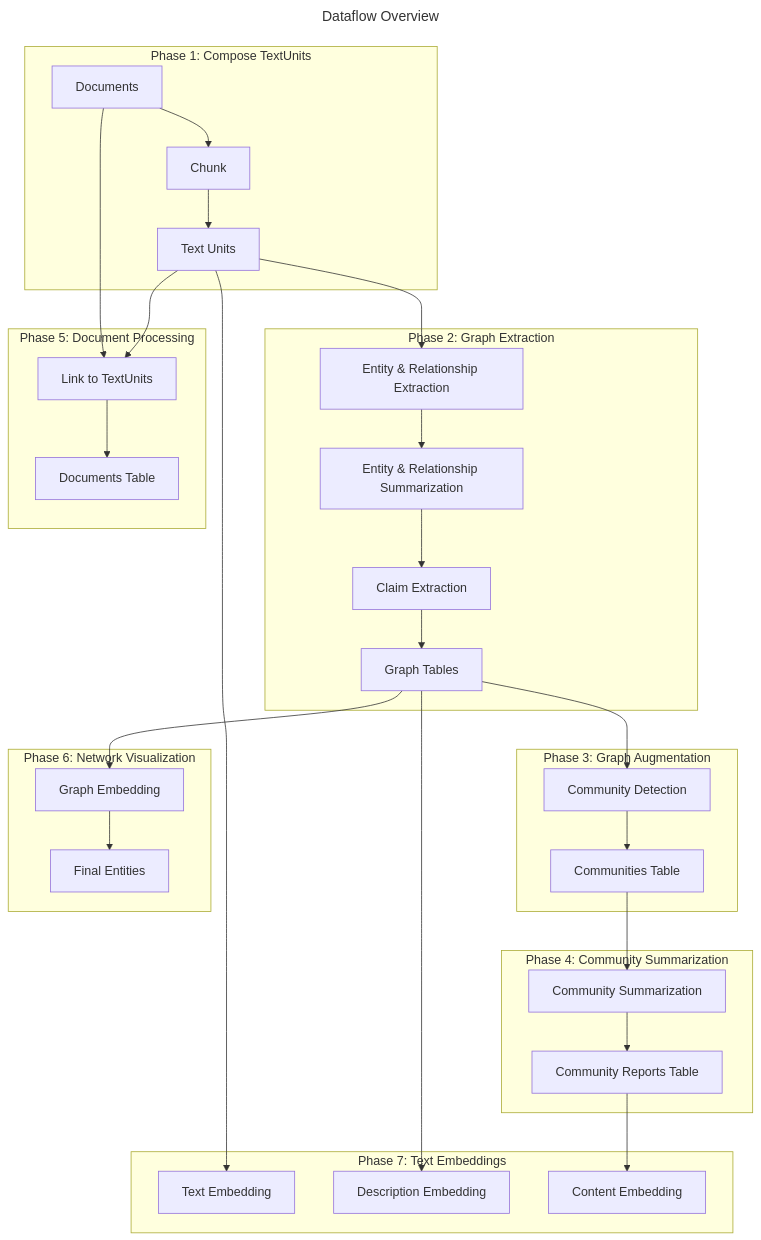
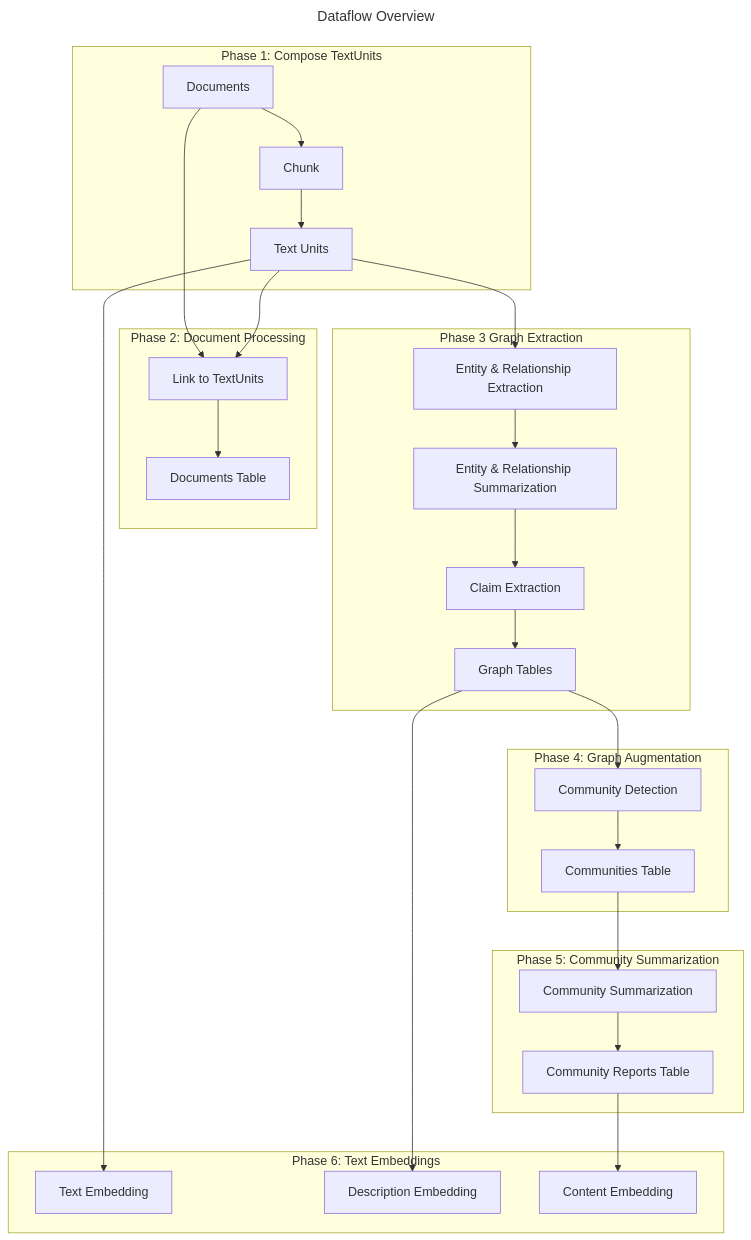
One commit to microsoft/graphrag changed the first of 7 diagrams in docs/index/default_dataflow.md. Above: the diagram before and after it, drawn with Mermaid. The commit also changed other lines of this file and 17 other files, not shown here.

````diff
--- a/docs/index/default_dataflow.md
+++ b/docs/index/default_dataflow.md
@@ -19,38 +19,34 @@
 ```mermaid
 ---
 title: Dataflow Overview
 ---
 flowchart TB
     subgraph phase1[Phase 1: Compose TextUnits]
     documents[Documents] --> chunk[Chunk]
     chunk --> textUnits[Text Units]
     end
-    subgraph phase2[Phase 2: Graph Extraction]
+    subgraph phase2[Phase 2: Document Processing]
+    documents --> link_to_text_units[Link to TextUnits]
+    textUnits --> link_to_text_units
+    link_to_text_units --> document_outputs[Documents Table]
+    end
+    subgraph phase3[Phase 3 Graph Extraction]
     textUnits --> graph_extract[Entity & Relationship Extraction]
     graph_extract --> graph_summarize[Entity & Relationship Summarization]
     graph_summarize --> claim_extraction[Claim Extraction]
     claim_extraction --> graph_outputs[Graph Tables]
     end
-    subgraph phase3[Phase 3: Graph Augmentation]
+    subgraph phase4[Phase 4: Graph Augmentation]
     graph_outputs --> community_detect[Community Detection]
     community_detect --> community_outputs[Communities Table]
     end
-    subgraph phase4[Phase 4: Community Summarization]
+    subgraph phase5[Phase 5: Community Summarization]
     community_outputs --> summarized_communities[Community Summarization]
     summarized_communities --> community_report_outputs[Community Reports Table]
     end
-    subgraph phase5[Phase 5: Document Processing]
-    documents --> link_to_text_units[Link to TextUnits]
-    textUnits --> link_to_text_units
-    link_to_text_units --> document_outputs[Documents Table]
-    end
-    subgraph phase6[Phase 6: Network Visualization]
-    graph_outputs --> graph_embed[Graph Embedding]
-    graph_embed --> combine_nodes[Final Entities]
-    end
-    subgraph phase7[Phase 7: Text Embeddings]
+    subgraph phase6[Phase 6: Text Embeddings]
     textUnits --> text_embed[Text Embedding]
     graph_outputs --> description_embed[Description Embedding]
     community_report_outputs --> content_embed[Content Embedding]
     end
 ```
````
